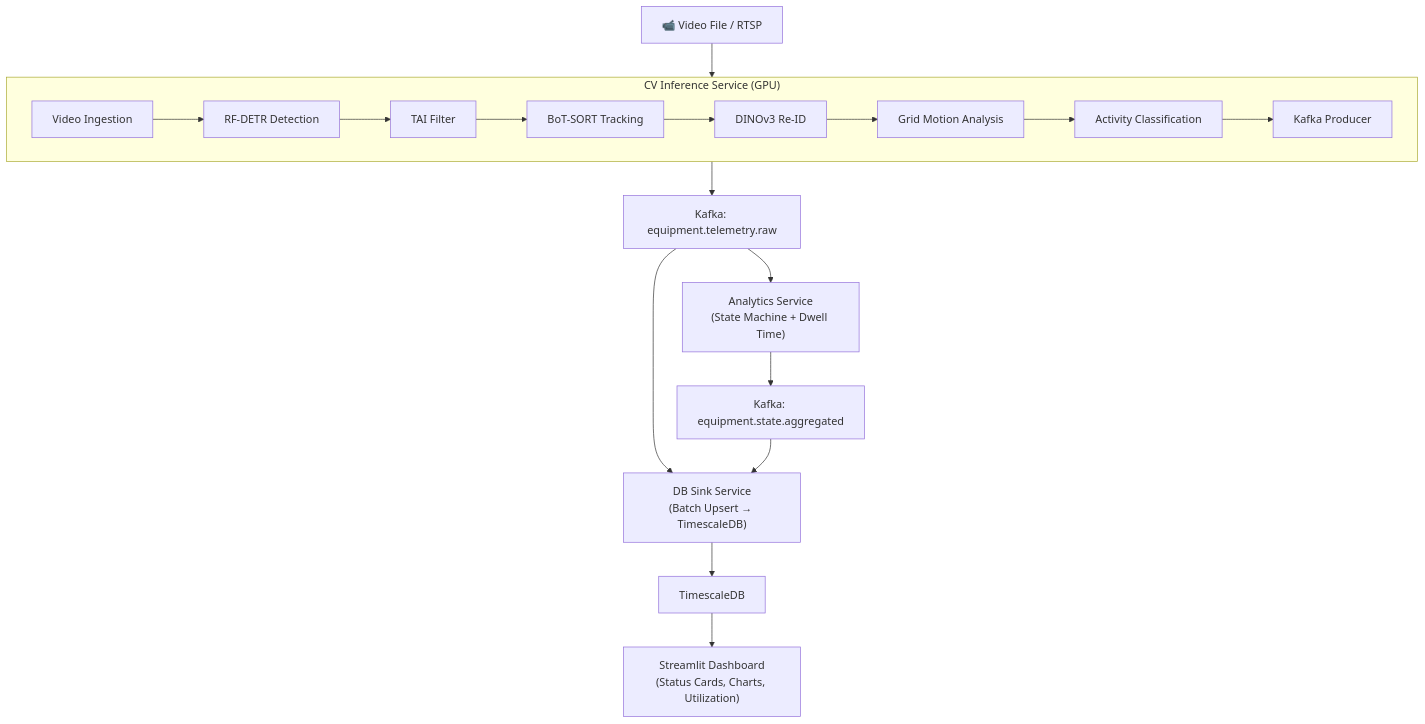
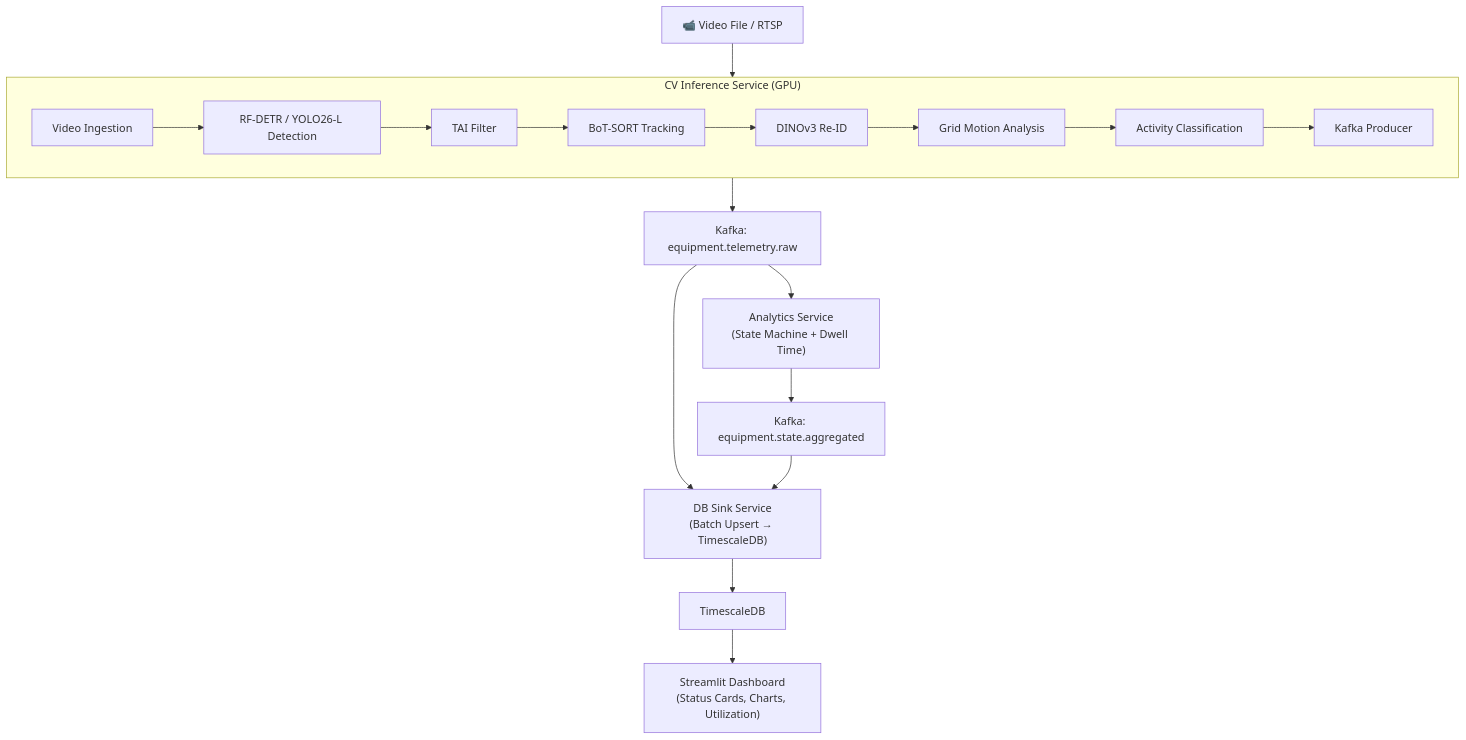
The diagram in README.md (Mahmoud-Zaafan/SiteSense), drawn with Mermaid before and after one commit. The commit also changed other lines of this file and 10 other files, not shown here.

First line of the commit message:
Add YOLO26-L detector alongside RF-DETR with runtime switch

````diff
--- a/README.md
+++ b/README.md
@@ -82,26 +141,26 @@
 ```mermaid
 flowchart TD
     A["📹 Video File / RTSP"] --> B
 
     subgraph B["CV Inference Service (GPU)"]
         direction LR
-        B1["Video Ingestion"] --> B2["RF-DETR Detection"]
+        B1["Video Ingestion"] --> B2["RF-DETR / YOLO26-L Detection"]
         B2 --> B3["TAI Filter"]
         B3 --> B4["BoT-SORT Tracking"]
         B4 --> B5["DINOv3 Re-ID"]
         B5 --> B6["Grid Motion Analysis"]
         B6 --> B7["Activity Classification"]
         B7 --> B8["Kafka Producer"]
     end
 
     B --> K1["Kafka: equipment.telemetry.raw"]
 
     K1 --> C["Analytics Service\n(State Machine + Dwell Time)"]
     K1 --> D["DB Sink Service\n(Batch Upsert → TimescaleDB)"]
 
     C --> K2["Kafka: equipment.state.aggregated"]
     K2 --> D
 
     D --> DB["TimescaleDB"]
     DB --> E["Streamlit Dashboard\n(Status Cards, Charts, Utilization)"]
 ```
````
